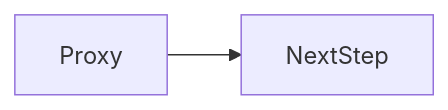
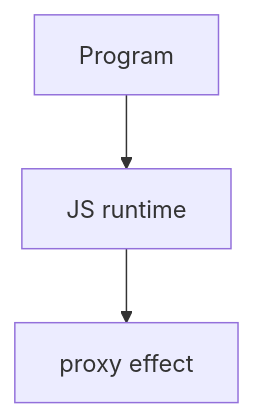
The second of 2 diagrams in docs/en/06-javascript/proxy/index.md (OmidJavaherii/Frontend-Engineering-Handbook), drawn with Mermaid before and after one commit. The commit also changed other lines of this file and 461 other files, not shown here.

````diff
--- a/docs/en/06-javascript/proxy/index.md
+++ b/docs/en/06-javascript/proxy/index.md
@@ -94,4 +111,5 @@
 ```mermaid
-flowchart LR
-  concept[Proxy] --> nextStep[NextStep]
+flowchart TD
+  Code[Program] --> Runtime[JS runtime]
+  Runtime --> Effect[proxy effect]
 ```
````
